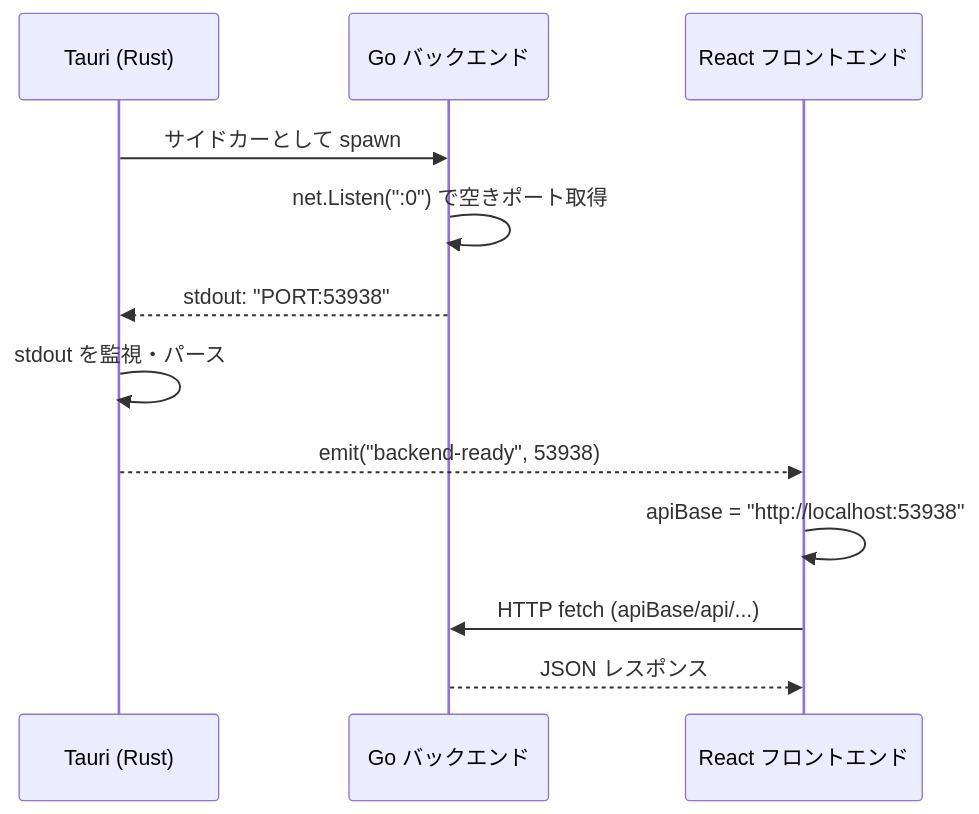
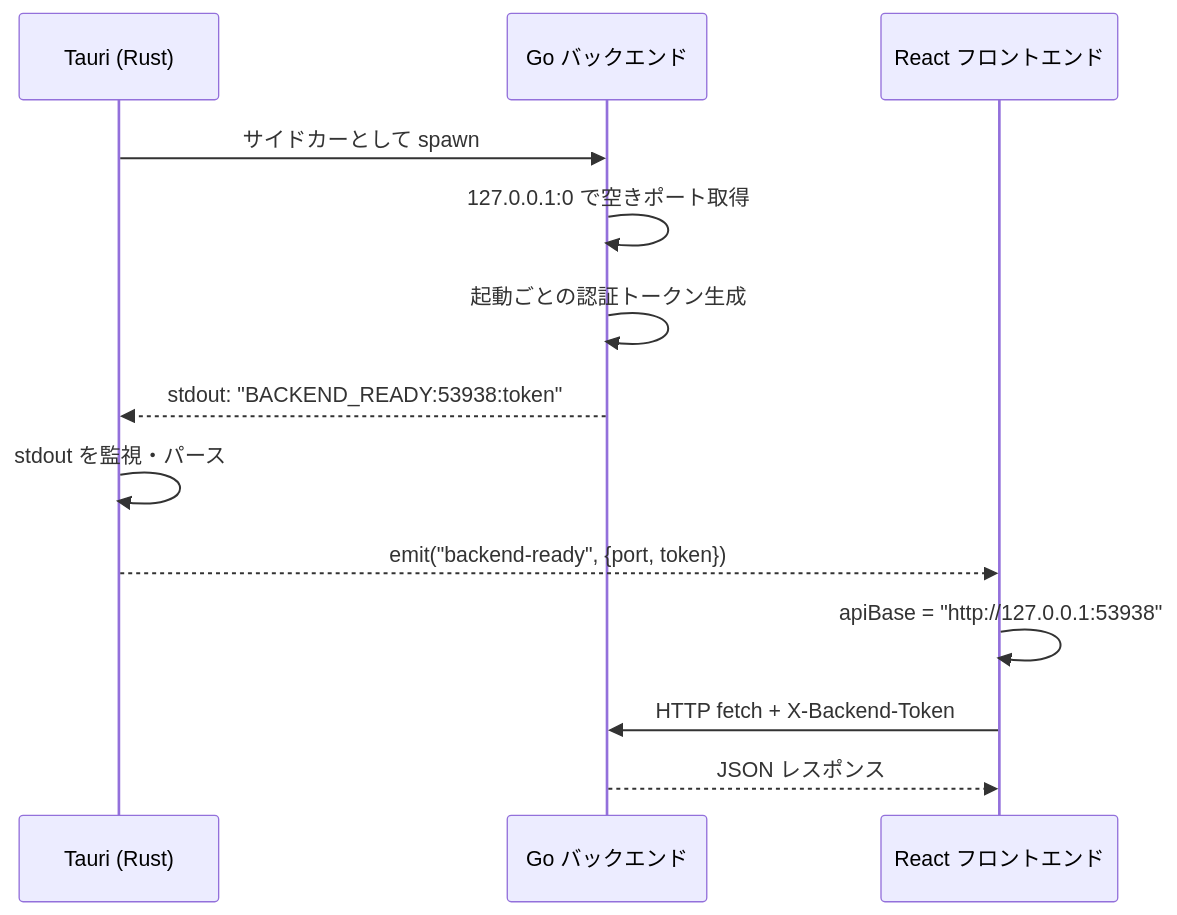
Before and after one commit to NOGU-LAB/tauri-app-template: the second of 4 diagrams in README.md, drawn with Mermaid. The commit also changed other lines of this file and 38 other files, not shown here.

````diff
--- a/README.md
+++ b/README.md
@@ -55,15 +55,16 @@
 ```mermaid
 sequenceDiagram
     participant T as Tauri (Rust)
     participant G as Go バックエンド
     participant R as React フロントエンド
 
     T->>G: サイドカーとして spawn
-    G->>G: net.Listen(":0") で空きポート取得
-    G-->>T: stdout: "PORT:53938"
+    G->>G: 127.0.0.1:0 で空きポート取得
+    G->>G: 起動ごとの認証トークン生成
+    G-->>T: stdout: "BACKEND_READY:53938:token"
     T->>T: stdout を監視・パース
-    T-->>R: emit("backend-ready", 53938)
-    R->>R: apiBase = "http://localhost:53938"
-    R->>G: HTTP fetch (apiBase/api/...)
+    T-->>R: emit("backend-ready", {port, token})
+    R->>R: apiBase = "http://127.0.0.1:53938"
+    R->>G: HTTP fetch + X-Backend-Token
     G-->>R: JSON レスポンス
 ```
````
